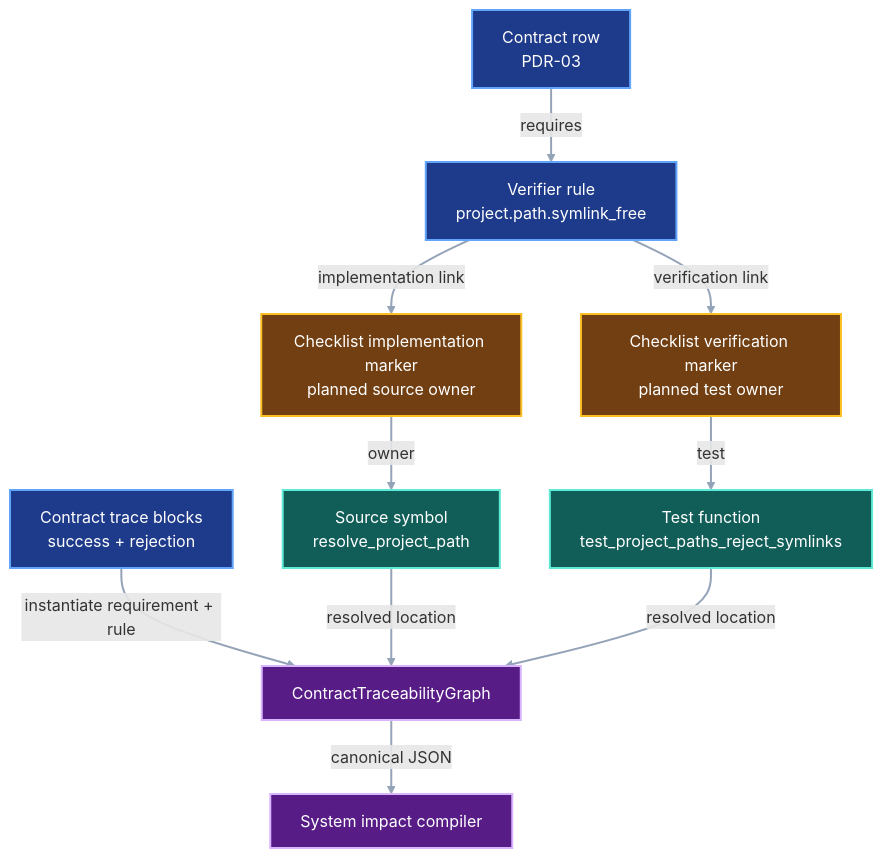
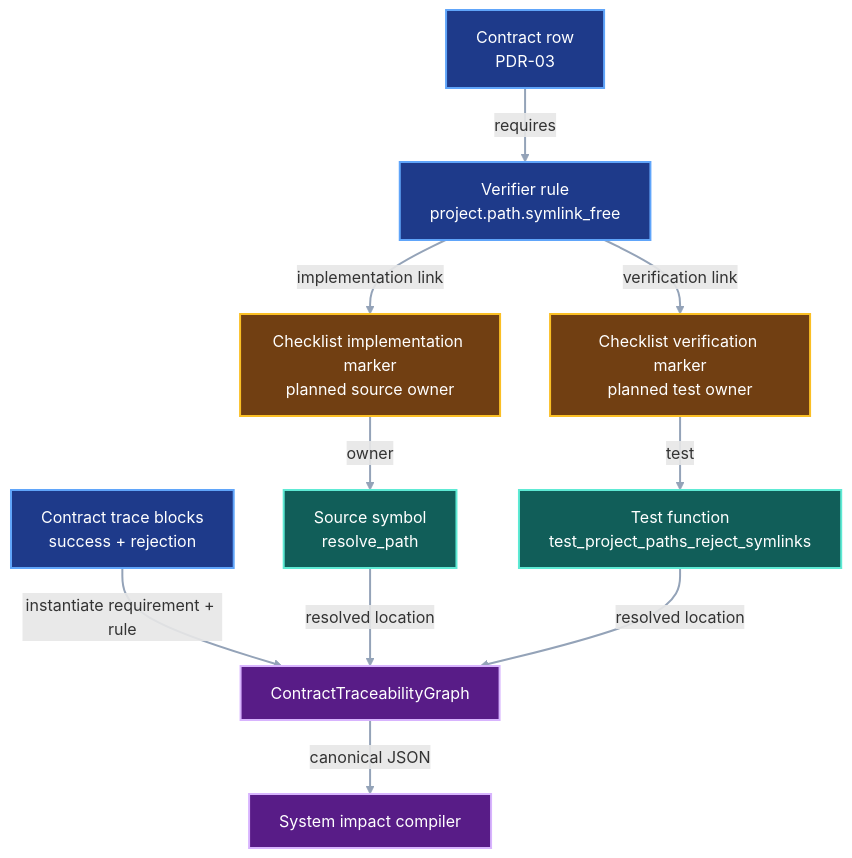
One commit to pvd232/viper changed the third of 3 diagrams in docs/development/contract-traceability.md. Above: the diagram before and after it, drawn with Mermaid. The commit also changed other lines of this file and 10 other files, not shown here.

````diff
--- a/docs/development/contract-traceability.md
+++ b/docs/development/contract-traceability.md
@@ -184,32 +184,32 @@
 ```mermaid
 flowchart TD
     Contract["Contract row<br/>PDR-03"]
     Rule["Verifier rule<br/>project.path.symlink_free"]
     Task["Checklist implementation marker<br/>planned source owner"]
-    Source["Source symbol<br/>resolve_project_path"]
+    Source["Source symbol<br/>resolve_path"]
     TestMarker["Checklist verification marker<br/>planned test owner"]
     Test["Test function<br/>test_project_paths_reject_symlinks"]
     Cases["Contract trace blocks<br/>success + rejection"]
     Graph["ContractTraceabilityGraph"]
     System["System impact compiler"]
 
     Contract -->|"requires"| Rule
     Rule -->|"implementation link"| Task
     Task -->|"owner"| Source
     Rule -->|"verification link"| TestMarker
     TestMarker -->|"test"| Test
     Cases -->|"instantiate requirement + rule"| Graph
     Source -->|"resolved location"| Graph
     Test -->|"resolved location"| Graph
     Graph -->|"canonical JSON"| System
 
     class Contract,Rule,Cases contract
     class Task,TestMarker checklist
     class Source,Test implementation
     class Graph,System output
     classDef contract fill:#1e3a8a,stroke:#60a5fa,color:#ffffff,stroke-width:2px
     classDef checklist fill:#713f12,stroke:#fbbf24,color:#ffffff,stroke-width:2px
     classDef implementation fill:#115e59,stroke:#5eead4,color:#ffffff,stroke-width:2px
     classDef output fill:#581c87,stroke:#d8b4fe,color:#ffffff,stroke-width:2px
     linkStyle default stroke:#94a3b8,stroke-width:2px
 ```
````
